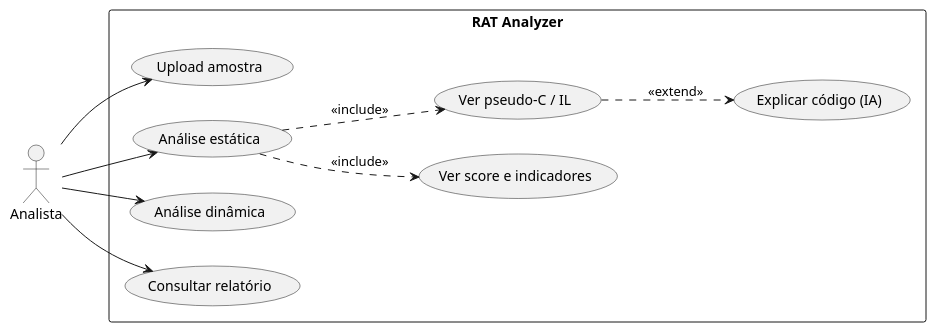
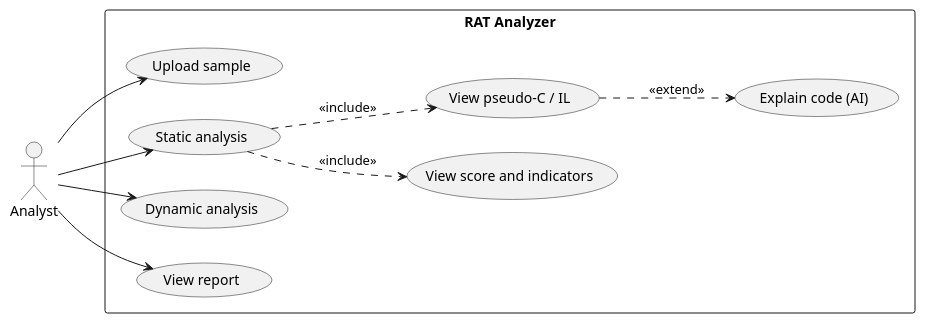
One commit to tlxp/PROJETO changed the diagram in docs/diagrams/analysis-usecase.puml. Above: the diagram before and after it, drawn with PlantUML. The commit also changed other lines of this file and 43 other files, not shown here.

```diff
--- a/docs/diagrams/analysis-usecase.puml
+++ b/docs/diagrams/analysis-usecase.puml
@@ -2,27 +2,27 @@
 @startuml
 left to right direction
 skinparam shadowing false
 skinparam packageStyle rectangle
 
-actor "Analista" as A
+actor "Analyst" as A
 
 rectangle "RAT Analyzer" {
-  usecase "Upload amostra" as UC1
-  usecase "Análise estática" as UC2
-  usecase "Análise dinâmica" as UC3
-  usecase "Consultar relatório" as UC4
-  usecase "Ver score e indicadores" as UC5
-  usecase "Ver pseudo-C / IL" as UC6
-  usecase "Explicar código (IA)" as UC7
+  usecase "Upload sample" as UC1
+  usecase "Static analysis" as UC2
+  usecase "Dynamic analysis" as UC3
+  usecase "View report" as UC4
+  usecase "View score and indicators" as UC5
+  usecase "View pseudo-C / IL" as UC6
+  usecase "Explain code (AI)" as UC7
 }
 
 A --> UC1
 A --> UC2
 A --> UC3
 A --> UC4
-' *Análise estática inclui score e descompilação; IA estende pseudo-C*
+' *Static analysis includes score and decompilation; AI extends pseudo-C*
 UC2 ..> UC5 : <<include>>
 UC2 ..> UC6 : <<include>>
 UC6 ..> UC7 : <<extend>>
 
 @enduml
```
